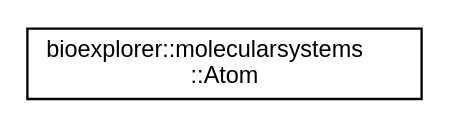
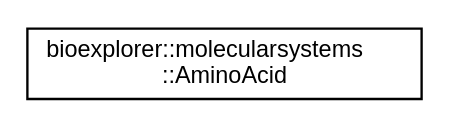
The diagram in docs/inherit_graph_75.dot (BlueBrain/BioExplorer), drawn with Graphviz before and after one commit. The commit also changed 256 other files, not shown here.

```diff
--- a/docs/inherit_graph_75.dot
+++ b/docs/inherit_graph_75.dot
@@ -1,8 +1,8 @@
 digraph "Graphical Class Hierarchy"
 {
  // LATEX_PDF_SIZE
   edge [fontname="Helvetica",fontsize="10",labelfontname="Helvetica",labelfontsize="10"];
   node [fontname="Helvetica",fontsize="10",shape=record];
   rankdir="LR";
-  Node0 [label="bioexplorer::molecularsystems\l::Atom",height=0.2,width=0.4,color="black", fillcolor="white", style="filled",URL="$df/d73/structbioexplorer_1_1molecularsystems_1_1Atom.html",tooltip="Structure containing information about an atom, as stored in a PDB file."];
+  Node0 [label="bioexplorer::molecularsystems\l::AminoAcid",height=0.2,width=0.4,color="black", fillcolor="white", style="filled",URL="$d4/d03/structbioexplorer_1_1molecularsystems_1_1AminoAcid.html",tooltip="Structure containing amino acids long and shot names."];
 }
```
